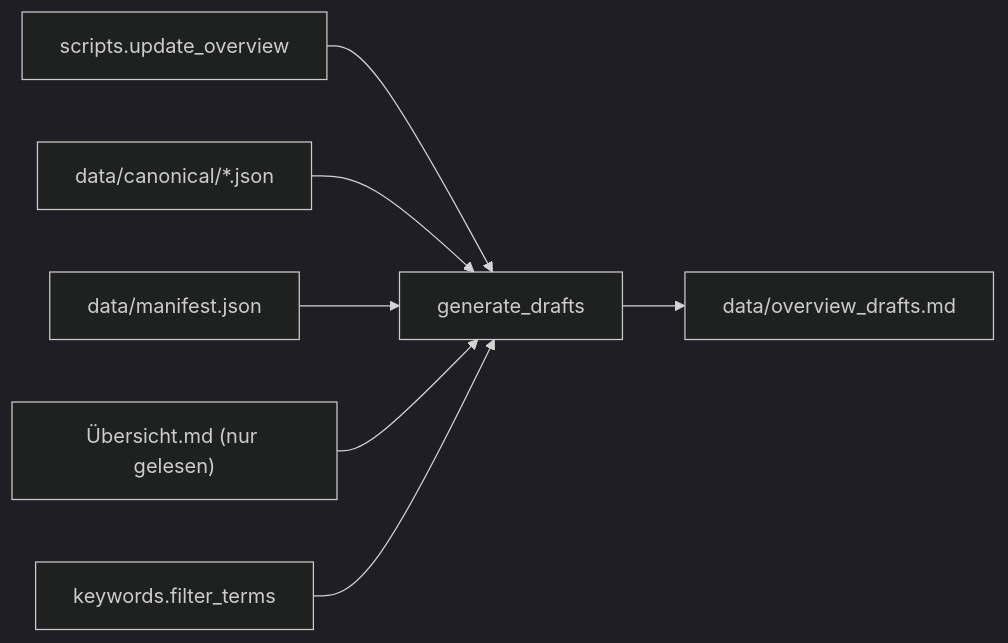
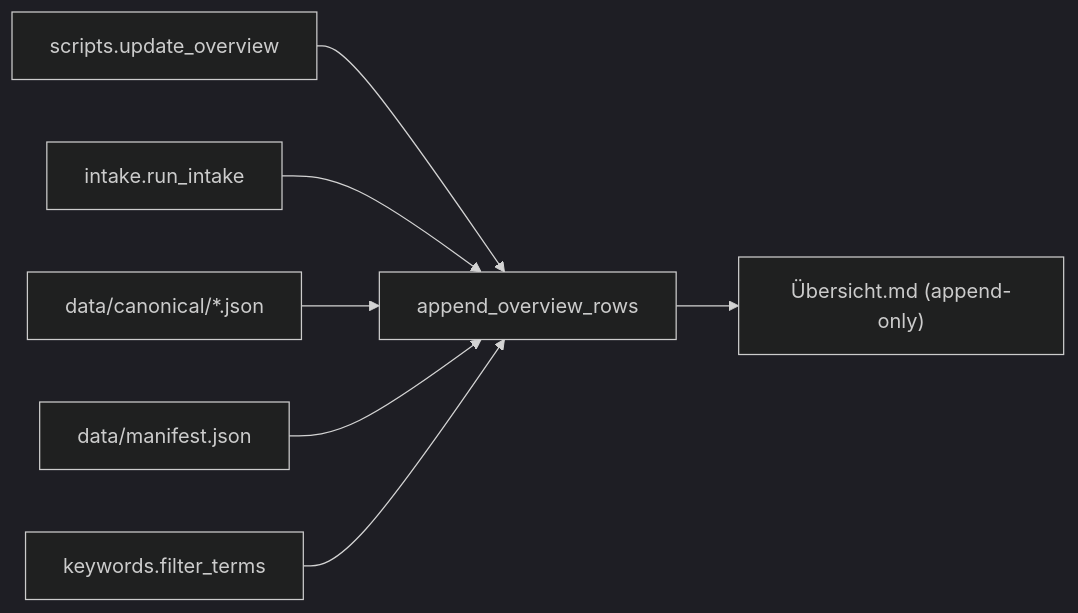
The second of 2 diagrams in src/research_graphrag/overview/doc/drafts.md (MomoEngineer/research-graphrag), drawn with Mermaid (dark theme) before and after one commit. The commit also changed other lines of this file and 28 other files, not shown here.

````diff
--- a/src/research_graphrag/overview/doc/drafts.md
+++ b/src/research_graphrag/overview/doc/drafts.md
@@ -96,9 +112,9 @@
 ```mermaid
 flowchart LR
-    CLI["scripts.update_overview"] --> GD["generate_drafts"]
+    CLI["scripts.update_overview"] --> GD["append_overview_rows"]
+    INT["intake.run_intake"] --> GD
     CAN["data/canonical/*.json"] --> GD
     MAN["data/manifest.json"] --> GD
-    UEB["Übersicht.md (nur gelesen)"] --> GD
     KW["keywords.filter_terms"] --> GD
-    GD --> ST["data/overview_drafts.md"]
+    GD --> UEB["Übersicht.md (append-only)"]
 ```
````
